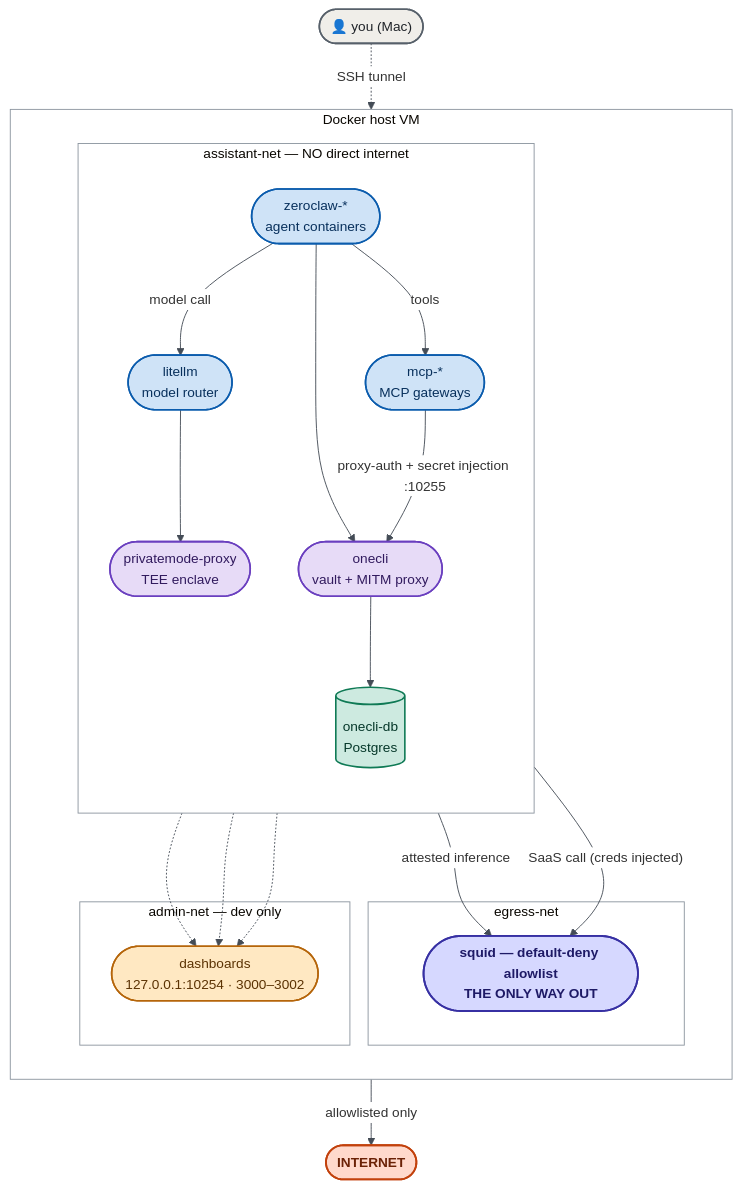
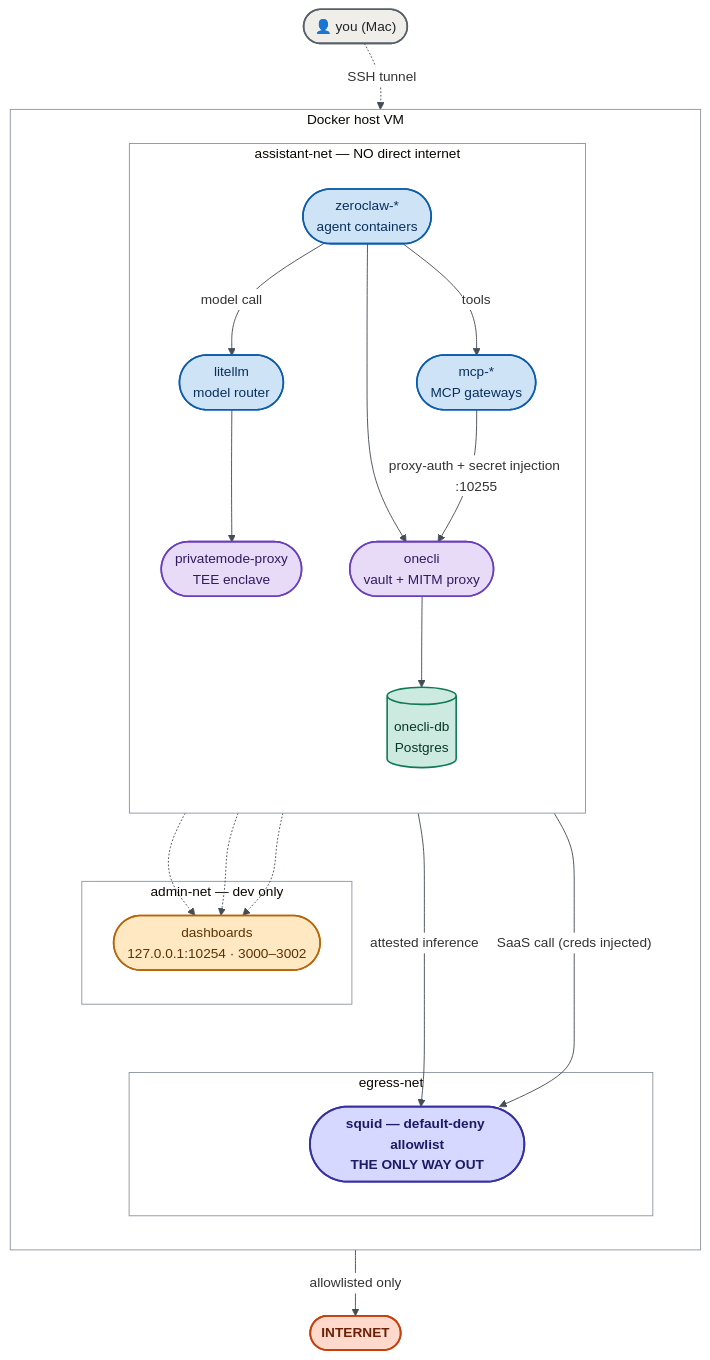
The diagram in README.md (bgheneti/secure-assistant-stack), drawn with Mermaid before and after one commit.

Commit message:
docs: improved mermaid diagram layout

````diff
--- a/README.md
+++ b/README.md
@@ -114,56 +114,58 @@
 ```mermaid
 %%{init: {'theme': 'base', 'themeVariables': {
   'fontFamily': 'monospace',
   'fontSize': '15px',
   'lineColor': '#444c56',
   'clusterBkg': '#ffffff',
   'clusterBorder': '#8c959f',
   'edgeLabelBackground': '#ffffff'
 }}}%%
-flowchart TD
+flowchart TB
   classDef agent    fill:#cfe3f7,stroke:#0b5cad,stroke-width:1.75px,color:#08305c
   classDef vault    fill:#e7dbf7,stroke:#6a3fbf,stroke-width:1.75px,color:#311a5e
   classDef db       fill:#cdeae0,stroke:#0f7a55,stroke-width:1.75px,color:#06382a
   classDef dash     fill:#ffe8c2,stroke:#b5650a,stroke-width:1.75px,color:#5c3304
   classDef squid    fill:#d6d8ff,stroke:#3730a3,stroke-width:2px,color:#1e1a66,font-weight:bold
   classDef internet fill:#ffd9cc,stroke:#c2410c,stroke-width:2px,color:#6b2207,font-weight:bold
   classDef user     fill:#f0eee9,stroke:#57606a,stroke-width:1.75px,color:#1f2328
 
   USER(["👤 you (Mac)"]):::user
   INTERNET(["INTERNET"]):::internet
 
   subgraph VM["Docker host VM"]
-    direction TD
+    direction TB
 
     subgraph anet["assistant-net — NO direct internet"]
-      direction TD
+      direction TB
       zc(["zeroclaw-*<br/>agent containers"]):::agent
       mcp(["mcp-*<br/>MCP gateways"]):::agent
       onecli(["onecli<br/>vault + MITM proxy"]):::vault
       onedb[("onecli-db<br/>Postgres")]:::db
       llm(["litellm<br/>model router"]):::agent
       pm(["privatemode-proxy<br/>TEE enclave"]):::vault
     end
 
     subgraph enet["egress-net"]
       squid(["squid — default-deny allowlist<br/>THE ONLY WAY OUT"]):::squid
     end
 
     subgraph adm["admin-net — dev only"]
       dash(["dashboards<br/>127.0.0.1:10254 · 3000–3002"]):::dash
     end
   end
 
   zc -->|"model call"| llm --> pm
   pm -->|"attested inference"| squid
   zc -->|"tools"| mcp
   zc --> onecli
   mcp -->|"proxy-auth + secret injection :10255"| onecli
   onecli --> onedb
   onecli -->|"SaaS call (creds injected)"| squid
   squid -->|"allowlisted only"| INTERNET
+  USER ~~~ zc
   USER -.->|"SSH tunnel"| dash
   zc -.-> dash
   onecli -.-> dash
   mcp -.-> dash
+  dash ~~~ squid
 ```
````
